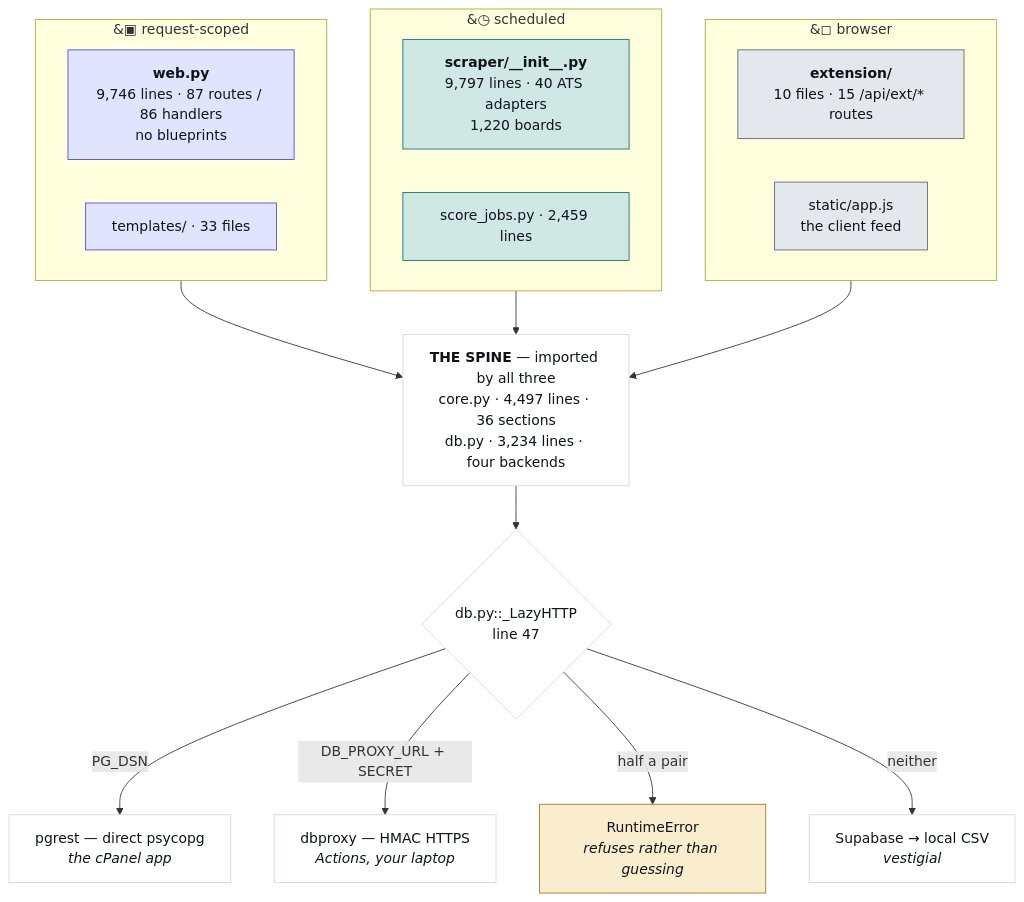
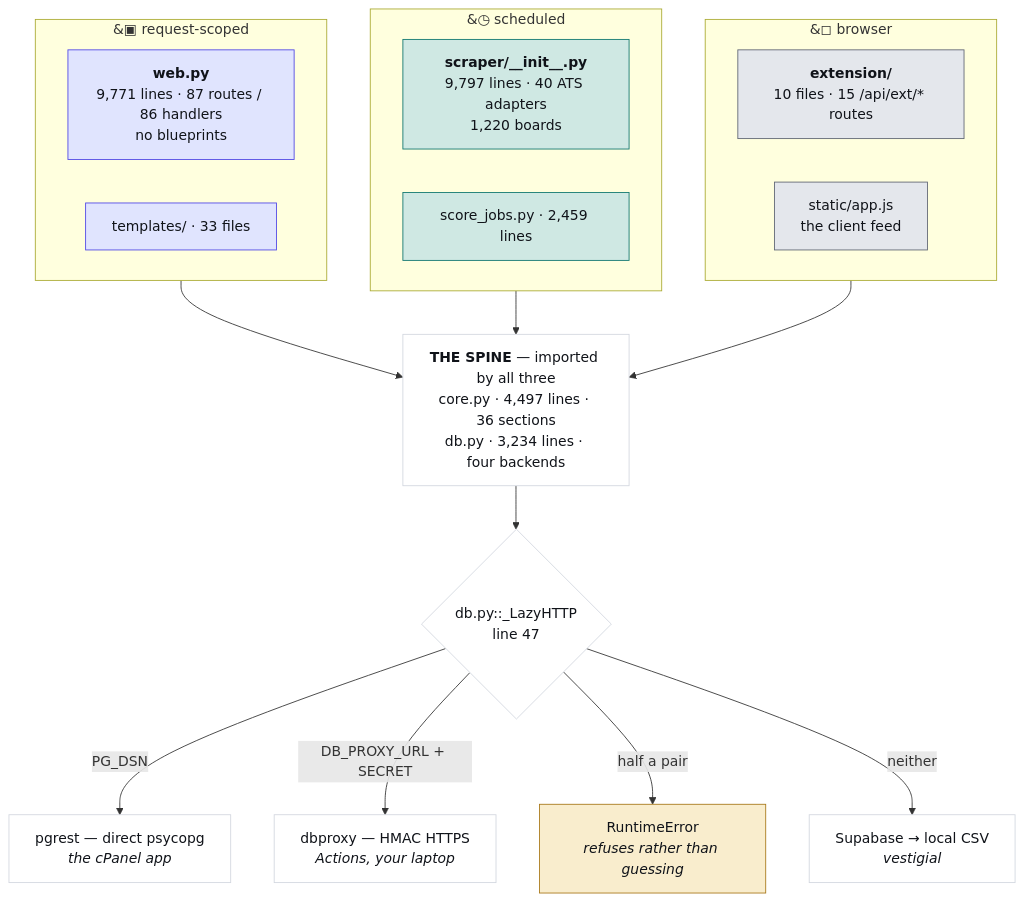
The first of 4 diagrams in JobMatch Scraper/docs/ARCHITECTURE.md (hadakunal909-debug/job-search-tool), drawn with Mermaid before and after one commit. The commit also changed 9 other files, not shown here.

````diff
--- a/JobMatch Scraper/docs/ARCHITECTURE.md
+++ b/JobMatch Scraper/docs/ARCHITECTURE.md
@@ -45,34 +45,34 @@
 ```mermaid
 flowchart TB
   subgraph REQ["&#9635; request-scoped"]
-    W["<b>web.py</b><br/>9,746 lines · 87 routes / 86 handlers<br/>no blueprints"]
+    W["<b>web.py</b><br/>9,771 lines · 87 routes / 86 handlers<br/>no blueprints"]
     T["templates/ · 33 files"]
   end
   subgraph SCH["&#9719; scheduled"]
     S["<b>scraper/__init__.py</b><br/>9,797 lines · 40 ATS adapters<br/>1,220 boards"]
     J["score_jobs.py · 2,459 lines"]
   end
   subgraph CLI["&#9723; browser"]
     E["<b>extension/</b><br/>10 files · 15 /api/ext/* routes"]
     A["static/app.js<br/>the client feed"]
   end
   SPINE["<b>THE SPINE</b> — imported by all three<br/>core.py · 4,497 lines · 36 sections<br/>db.py · 3,234 lines · four backends"]
   REQ --> SPINE
   SCH --> SPINE
   CLI --> SPINE
   SPINE --> D{"db.py::_LazyHTTP<br/>line 47"}
   D -->|"PG_DSN"| P["pgrest — direct psycopg<br/><i>the cPanel app</i>"]
   D -->|"DB_PROXY_URL + SECRET"| X["dbproxy — HMAC HTTPS<br/><i>Actions, your laptop</i>"]
   D -->|"half a pair"| R["RuntimeError<br/><i>refuses rather than guessing</i>"]
   D -->|"neither"| V["Supabase → local CSV<br/><i>vestigial</i>"]
   classDef web fill:#e0e4fe,stroke:#4f46e5,color:#101319
   classDef sched fill:#cfe8e3,stroke:#0f766e,color:#101319
   classDef client fill:#e4e7ec,stroke:#5f6573,color:#101319
   classDef trap fill:#f9edcd,stroke:#a8781a,color:#101319
   classDef plain fill:#ffffff,stroke:#d3d7df,color:#101319
   class W,T web
   class S,J sched
   class E,A client
   class R trap
   class SPINE,D,P,X,V plain
 ```
````
